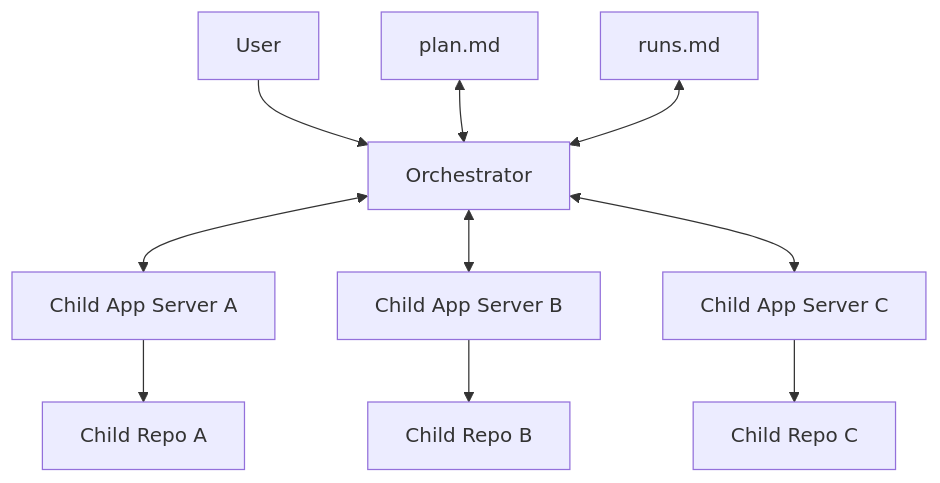
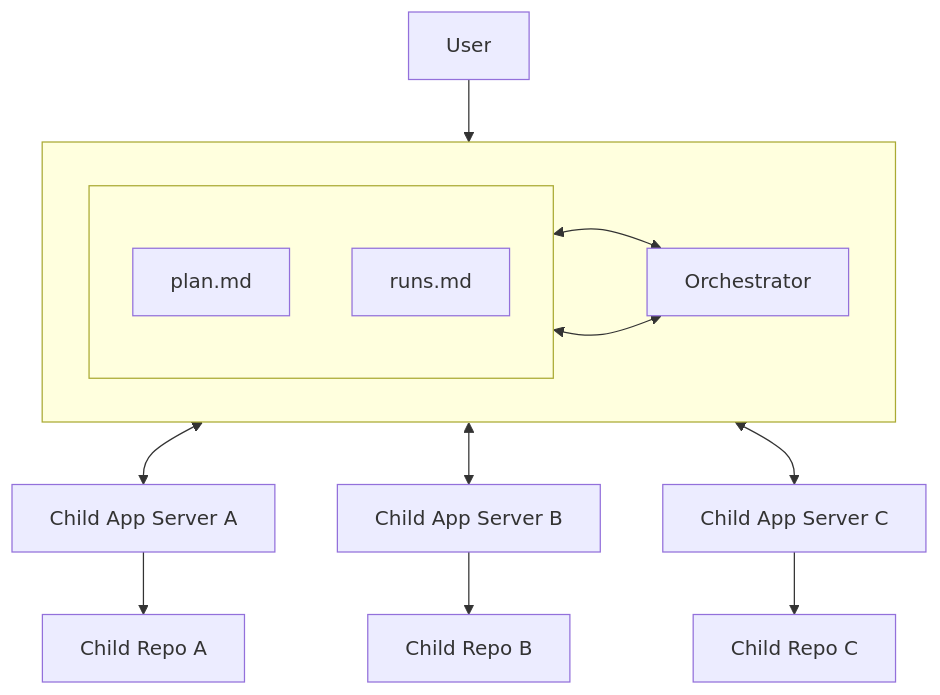
Before and after one commit to yeutterg/codex-orchestrator: the diagram in README.md, drawn with Mermaid.

Commit message:
Refine README mermaid layout

````diff
--- a/README.md
+++ b/README.md
@@ -18,12 +18,24 @@
 ```mermaid
 flowchart TD
-    U[User] --> O[Orchestrator]
-    P[plan.md] <--> O
-    R[runs.md] <--> O
+    U[User]
+
+    subgraph Core[" "]
+        direction LR
+        subgraph Docs[" "]
+            direction TB
+            P[plan.md]
+            R[runs.md]
+        end
+        O[Orchestrator]
+    end
+
+    U --> O
+    P <--> O
+    R <--> O
     O <--> A[Child App Server A]
     A --> RA[Child Repo A]
     O <--> B[Child App Server B]
     B --> RB[Child Repo B]
     O <--> C[Child App Server C]
     C --> RC[Child Repo C]
 ```
````
